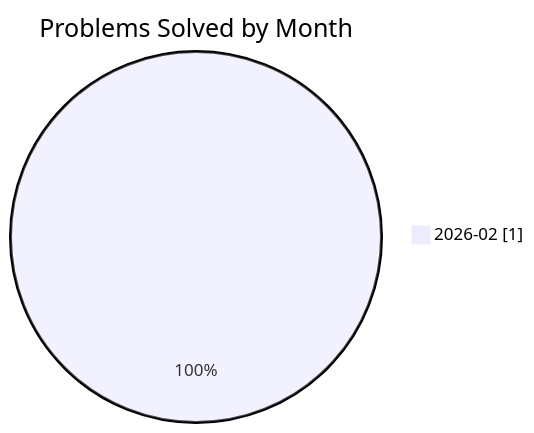
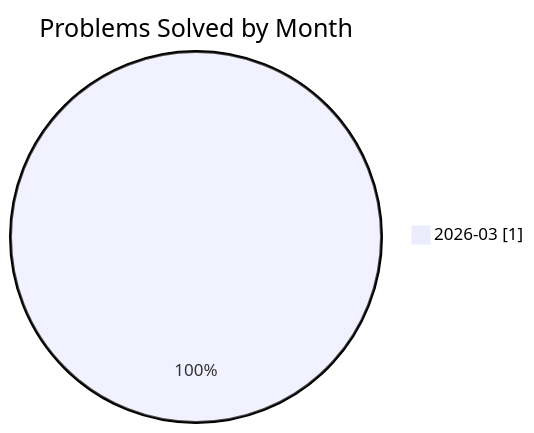
One commit to JakubPawinski/gitcode-solutions changed the sixth of 6 diagrams in README.md. Above: the diagram before and after it, drawn with Mermaid. The commit also changed other lines of this file, not shown here.

````diff
--- a/README.md
+++ b/README.md
@@ -198,5 +200,5 @@
 ```mermaid
 pie showData
     title Problems Solved by Month
-    "2026-02" : 1
+    "2026-03" : 1
 ```
````
